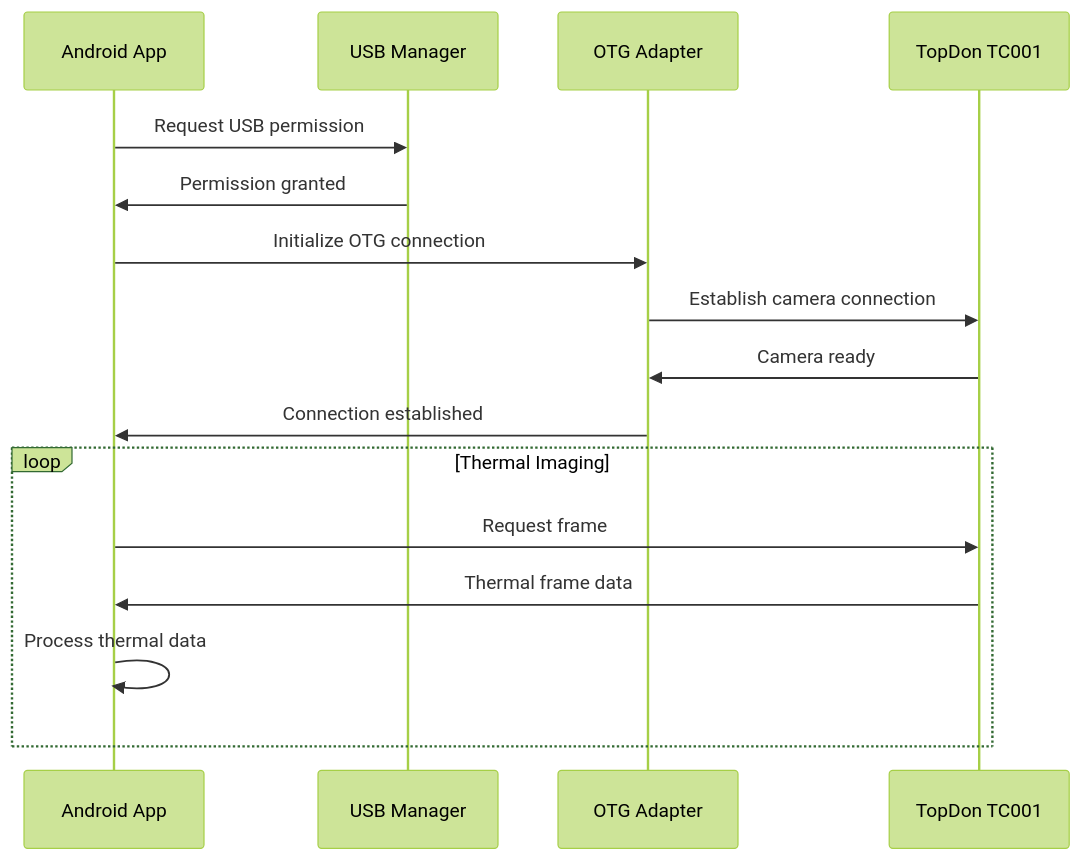
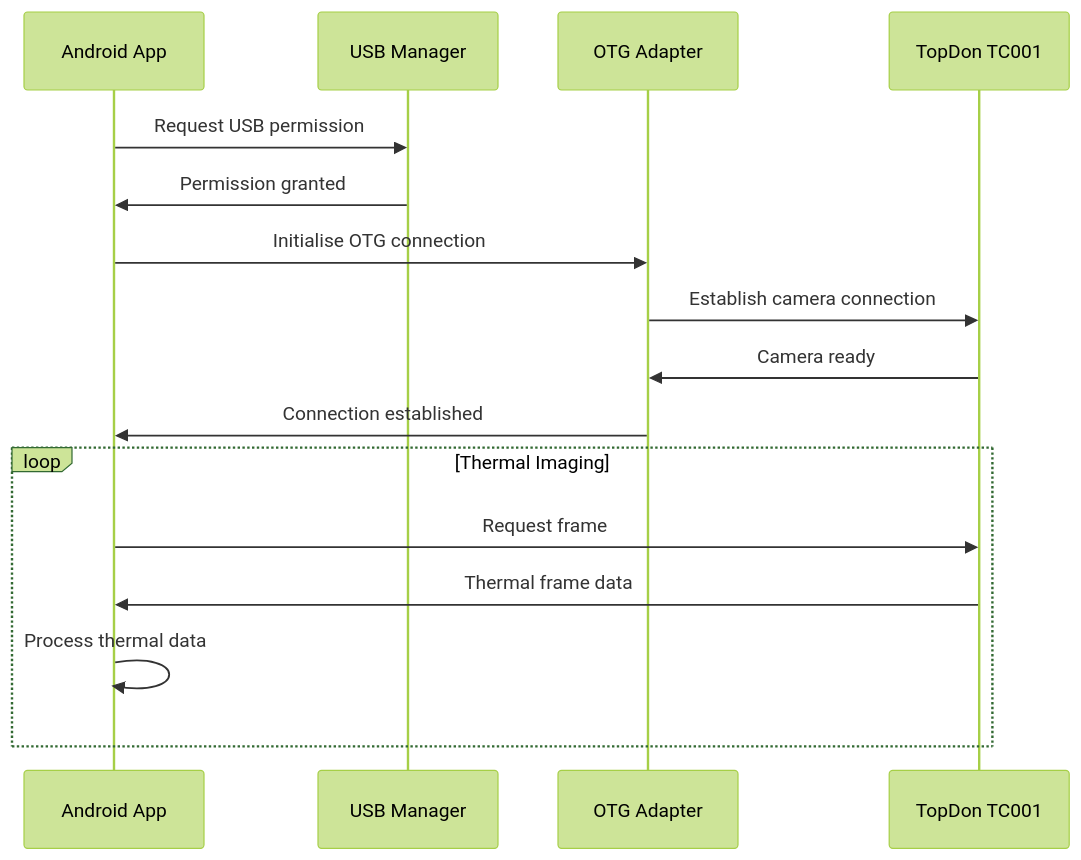
Before and after one commit to buccancs/fyp-multi-sensor-recording-system: the second of 3 diagrams in docs/module_deep_dive/thermal_camera_integration_readme.md, drawn with Mermaid (forest theme). The commit also changed other lines of this file and 56 other files, not shown here.

````diff
--- a/docs/module_deep_dive/thermal_camera_integration_readme.md
+++ b/docs/module_deep_dive/thermal_camera_integration_readme.md
@@ -71,20 +71,20 @@
 ```mermaid
 sequenceDiagram
     participant App as Android App
     participant USB as USB Manager
     participant OTG as OTG Adapter
     participant TC as TopDon TC001
     
     App->>USB: Request USB permission
     USB->>App: Permission granted
-    App->>OTG: Initialize OTG connection
+    App->>OTG: Initialise OTG connection
     OTG->>TC: Establish camera connection
     TC->>OTG: Camera ready
     OTG->>App: Connection established
     
     loop Thermal Imaging
         App->>TC: Request frame
         TC->>App: Thermal frame data
         App->>App: Process thermal data
     end
 ```
````
